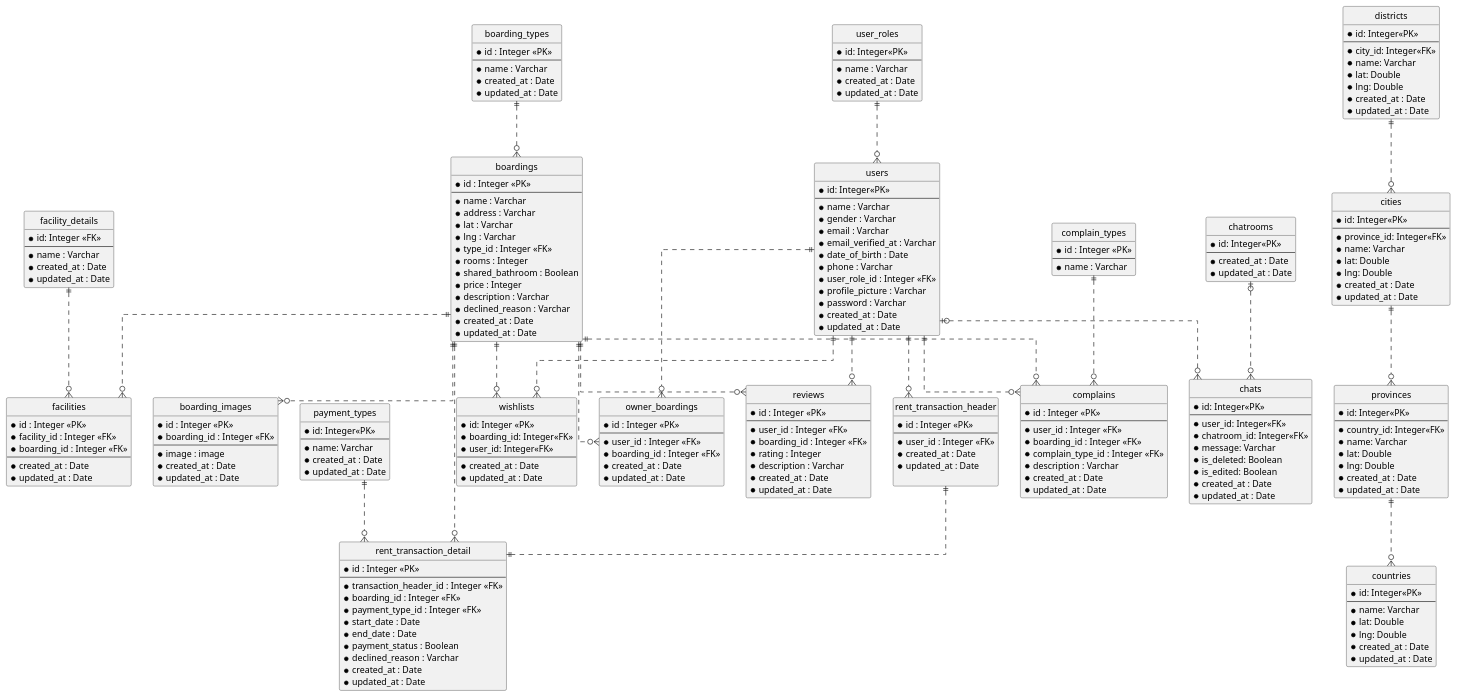
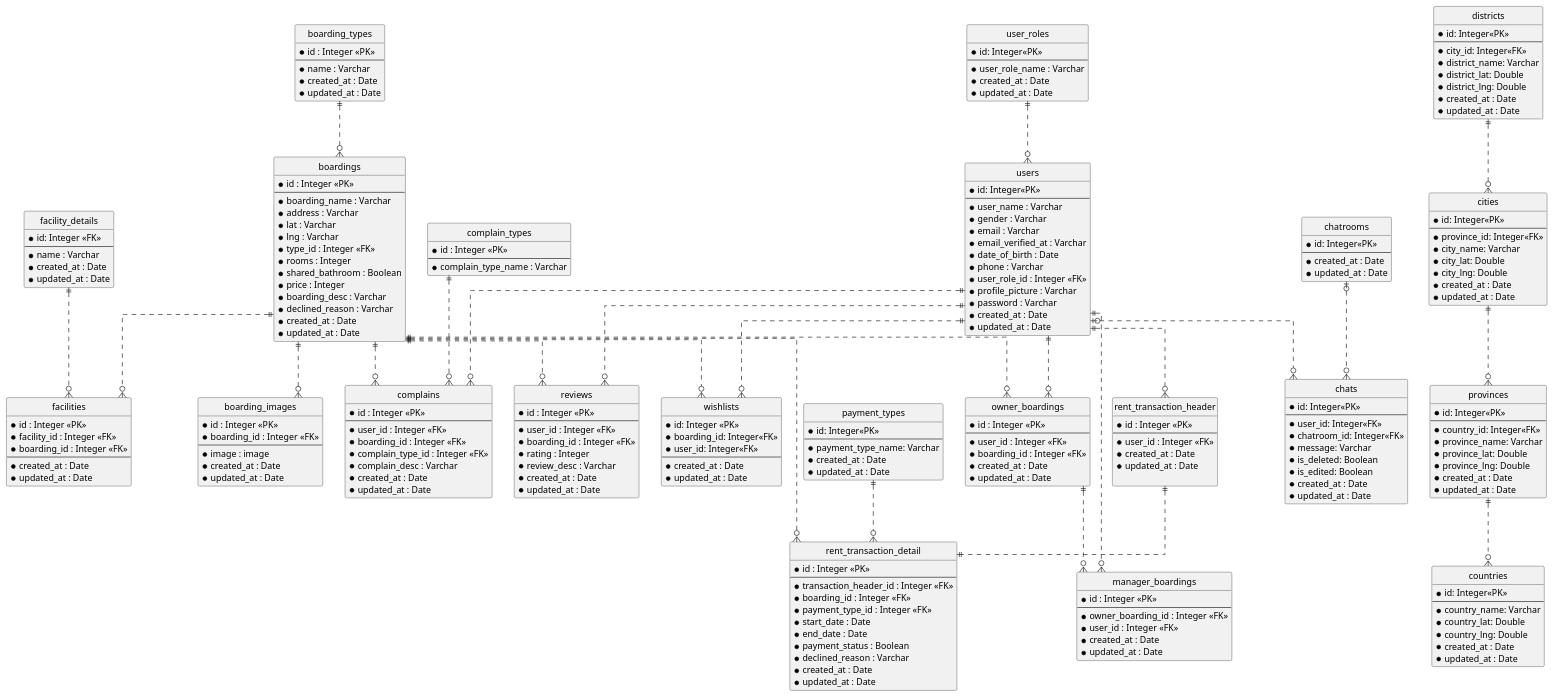
The diagram in Design/BHFMS_ERD.puml (AntWort21/BHFMS), drawn with PlantUML before and after one commit. The commit also changed 17 other files, not shown here.

Commit message:
Updated w/ ManagerBoarding

```diff
--- a/Design/BHFMS_ERD.puml
+++ b/Design/BHFMS_ERD.puml
@@ -8,7 +8,7 @@
 entity "users" as usr {
   *id: Integer<<PK>>
   --
-  *name : Varchar
+  *user_name : Varchar
   *gender : Varchar
   *email : Varchar
   *email_verified_at : Varchar
@@ -24,7 +24,7 @@
 entity "user_roles" as usrl {
   *id: Integer<<PK>>
   --
-  *name : Varchar
+  *user_role_name : Varchar
   *created_at : Date
   *updated_at : Date
 }
@@ -40,7 +40,7 @@
 entity "boardings" as bh {
   *id : Integer <<PK>>
   --
-  *name : Varchar
+  *boarding_name : Varchar
   *address : Varchar
   *lat : Varchar
   *lng : Varchar
@@ -48,7 +48,7 @@
   *rooms : Integer
   *shared_bathroom : Boolean
   *price : Integer
-  *description : Varchar
+  *boarding_desc : Varchar
   *declined_reason : Varchar
   *created_at : Date
   *updated_at : Date
@@ -114,10 +114,19 @@
   *updated_at : Date
 }
 
+entity "manager_boardings" as mabh {
+  *id : Integer <<PK>>
+  --
+  *owner_boarding_id : Integer <<FK>>
+  *user_id : Integer <<FK>>
+  *created_at : Date
+  *updated_at : Date
+}
+
 entity "complain_types" as cmplnt {
   *id : Integer <<PK>>
   --
-  *name : Varchar
+  *complain_type_name : Varchar
 }
 
 entity "reviews" as rvw {
@@ -126,7 +135,7 @@
   *user_id : Integer <<FK>>
   *boarding_id : Integer <<FK>>
   *rating : Integer
-  *description : Varchar
+  *review_desc : Varchar
   *created_at : Date
   *updated_at : Date
 }
@@ -137,7 +146,7 @@
   *user_id : Integer <<FK>>
   *boarding_id : Integer <<FK>>
   *complain_type_id : Integer <<FK>>
-  *description : Varchar
+  *complain_desc : Varchar
   *created_at : Date
   *updated_at : Date
 }
@@ -155,7 +164,7 @@
 entity "payment_types" as pymnt {
   *id: Integer<<PK>>
   --
-  *name: Varchar
+  *payment_type_name: Varchar
   *created_at : Date
   *updated_at : Date
 }
@@ -182,9 +191,9 @@
 entity "countries" as country {
   *id: Integer<<PK>>
   --
-  *name: Varchar
-  *lat: Double
-  *lng: Double
+  *country_name: Varchar
+  *country_lat: Double
+  *country_lng: Double
   *created_at : Date
   *updated_at : Date
 }
@@ -193,9 +202,9 @@
   *id: Integer<<PK>>
   --
   *country_id: Integer<<FK>>
-  *name: Varchar
-  *lat: Double
-  *lng: Double
+  *province_name: Varchar
+  *province_lat: Double
+  *province_lng: Double
   *created_at : Date
   *updated_at : Date
 }
@@ -204,9 +213,9 @@
   *id: Integer<<PK>>
   --
   *province_id: Integer<<FK>>
-  *name: Varchar
-  *lat: Double
-  *lng: Double
+  *city_name: Varchar
+  *city_lat: Double
+  *city_lng: Double
   *created_at : Date
   *updated_at : Date
 }
@@ -215,9 +224,9 @@
   *id: Integer<<PK>>
   --
   *city_id: Integer<<FK>>
-  *name: Varchar
-  *lat: Double
-  *lng: Double
+  *district_name: Varchar
+  *district_lat: Double
+  *district_lng: Double
   *created_at : Date
   *updated_at : Date
 }
@@ -239,6 +248,9 @@
 usr ||..o{ lobh
 bh ||..o{ lobh
 
+usr ||..o{ mabh
+lobh ||..o{ mabh
+
 usr ||..o{ rvw
 bh ||..o{ rvw
 
```
